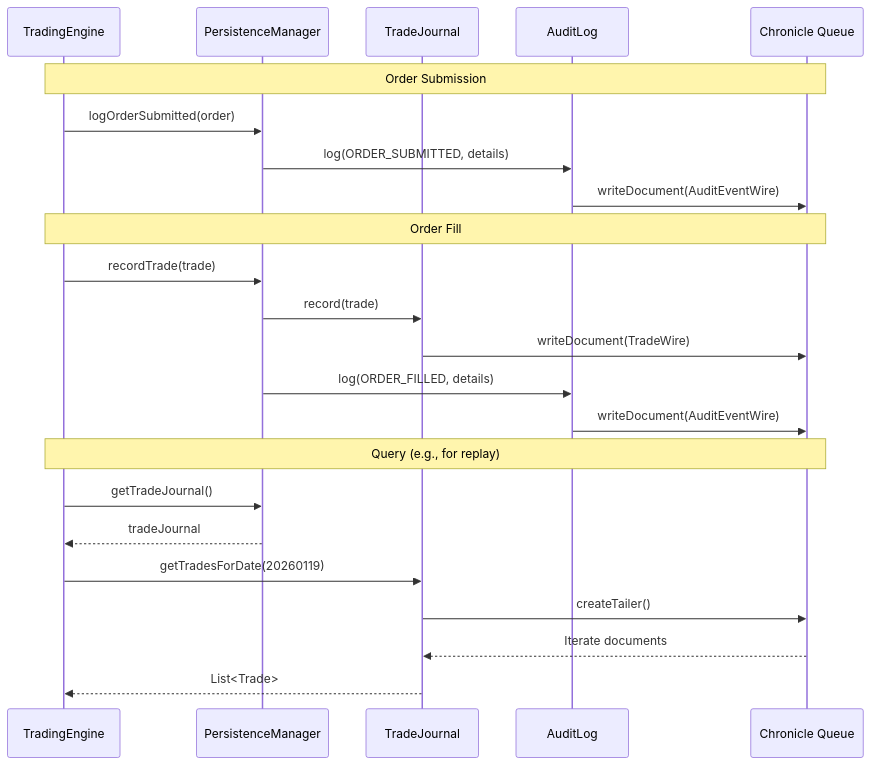
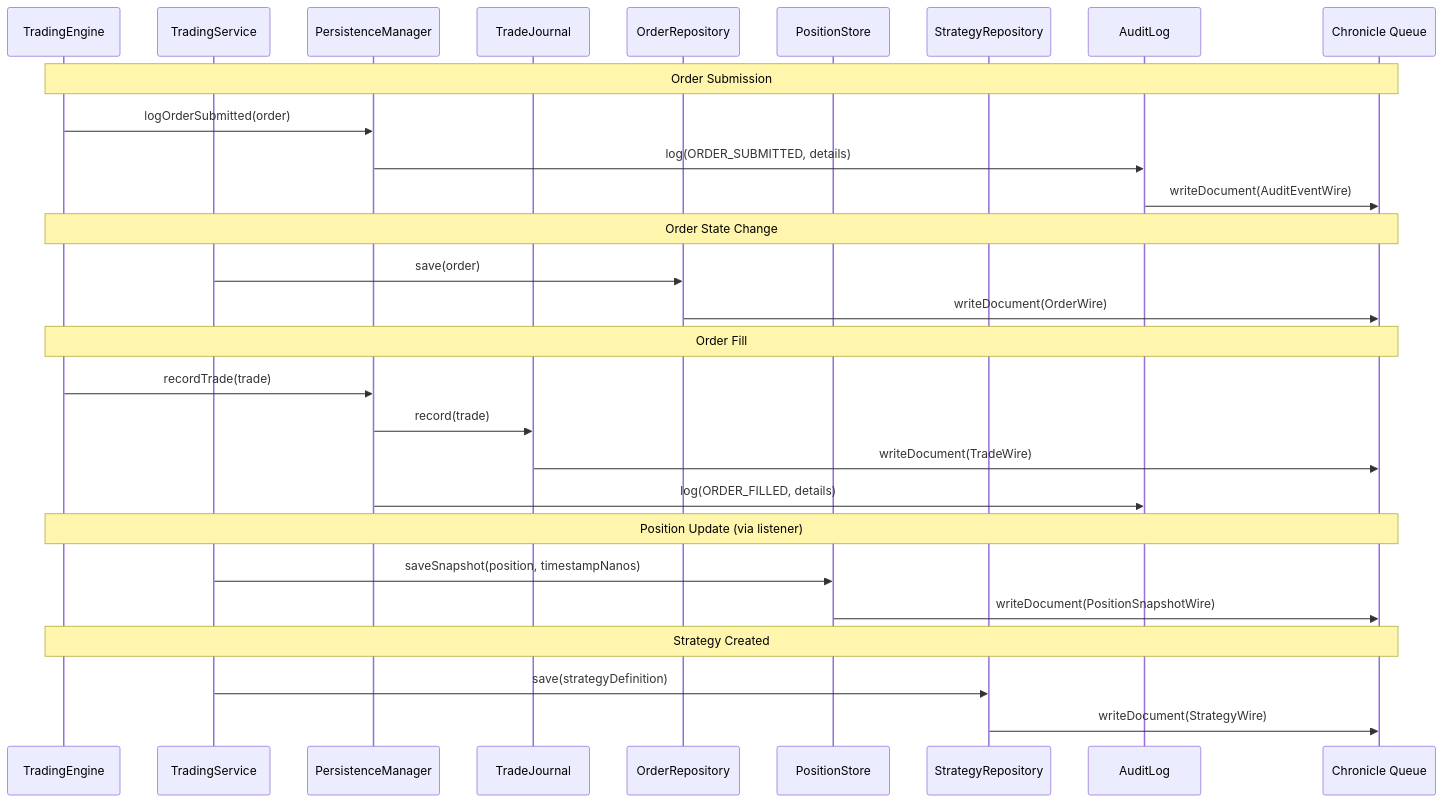
Diagram 27 of 33 in docs/ARCHITECTURE.md (lukmusial/trading-client), drawn with Mermaid before and after one commit. The commit also changed other lines of this file and 2 other files, not shown here.

First line of the commit message:
Add README and update architecture docs to reflect current state

````diff
--- a/docs/ARCHITECTURE.md
+++ b/docs/ARCHITECTURE.md
@@ -1105,28 +1180,35 @@
 ```mermaid
 sequenceDiagram
     participant TE as TradingEngine
+    participant TS as TradingService
     participant PM as PersistenceManager
     participant TJ as TradeJournal
+    participant OR as OrderRepository
+    participant PS as PositionStore
+    participant SR as StrategyRepository
     participant AL as AuditLog
     participant CQ as Chronicle Queue
 
     Note over TE,CQ: Order Submission
     TE->>PM: logOrderSubmitted(order)
     PM->>AL: log(ORDER_SUBMITTED, details)
     AL->>CQ: writeDocument(AuditEventWire)
 
+    Note over TE,CQ: Order State Change
+    TS->>OR: save(order)
+    OR->>CQ: writeDocument(OrderWire)
+
     Note over TE,CQ: Order Fill
     TE->>PM: recordTrade(trade)
     PM->>TJ: record(trade)
     TJ->>CQ: writeDocument(TradeWire)
     PM->>AL: log(ORDER_FILLED, details)
-    AL->>CQ: writeDocument(AuditEventWire)
 
-    Note over TE,CQ: Query (e.g., for replay)
-    TE->>PM: getTradeJournal()
-    PM-->>TE: tradeJournal
-    TE->>TJ: getTradesForDate(20260119)
-    TJ->>CQ: createTailer()
-    CQ-->>TJ: Iterate documents
-    TJ-->>TE: List<Trade>
+    Note over TE,CQ: Position Update (via listener)
+    TS->>PS: saveSnapshot(position, timestampNanos)
+    PS->>CQ: writeDocument(PositionSnapshotWire)
+
+    Note over TE,CQ: Strategy Created
+    TS->>SR: save(strategyDefinition)
+    SR->>CQ: writeDocument(StrategyWire)
 ```
````
